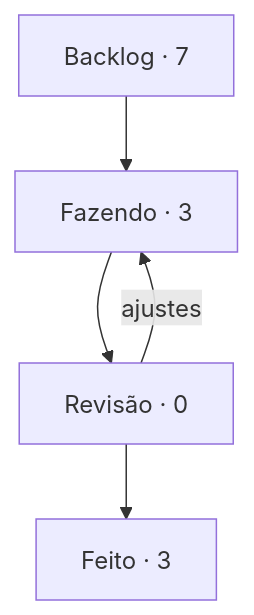
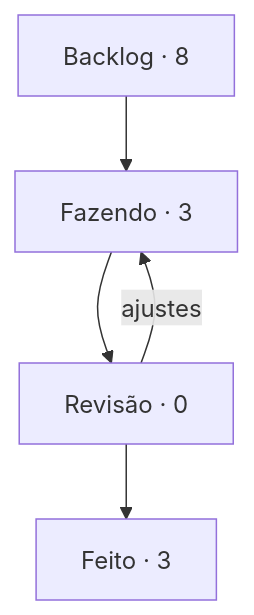
Before and after one commit to StudioVibi/VibiKanban: the diagram in boards/harness/BOARD.md, drawn with Mermaid. The commit also changed other lines of this file and 2 other files, not shown here.

````diff
--- a/boards/harness/BOARD.md
+++ b/boards/harness/BOARD.md
@@ -5,10 +5,10 @@
 ```mermaid
 flowchart TD
-  backlog["Backlog · 7"] --> doing["Fazendo · 3"]
+  backlog["Backlog · 8"] --> doing["Fazendo · 3"]
   doing --> review["Revisão · 0"]
   review --> done["Feito · 3"]
   review -->|ajustes| doing
   doing:::blue
   review:::yellow
   done:::green
 ```
````
